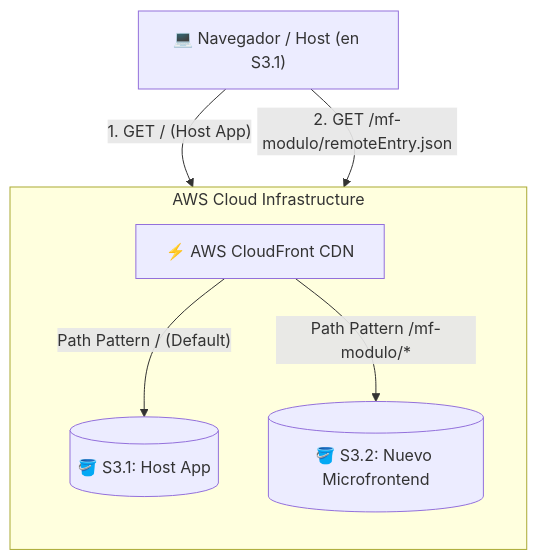
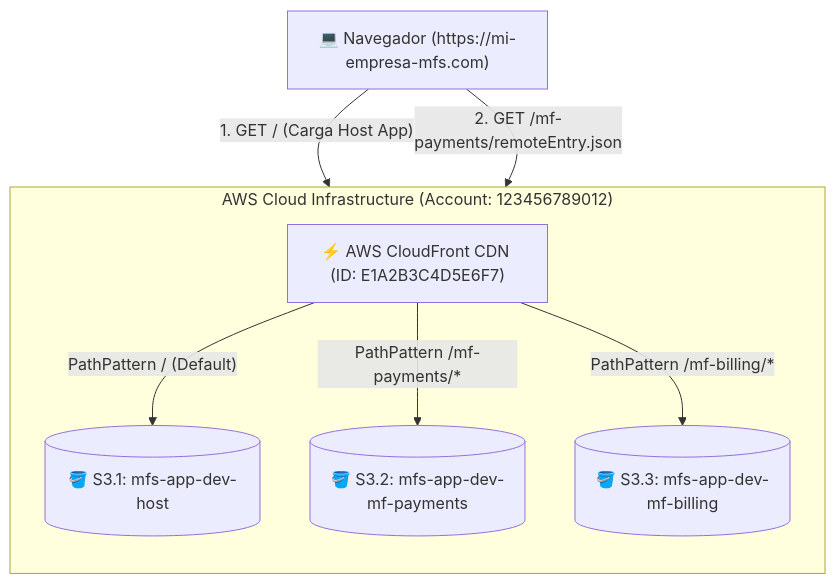
Before and after one commit to Alexander2305Potosi/microfront-github: the fifth of 5 diagrams in README.md, drawn with Mermaid. The commit also changed other lines of this file, not shown here.

Commit message:
docs: unify 1-to-2 S3 buckets migration case study with real concrete values and JSON policy

````diff
--- a/README.md
+++ b/README.md
@@ -347,11 +364,12 @@
 ```mermaid
 flowchart TD
-    Browser["💻 Navegador / Host (en S3.1)"] -->|"1. GET / (Host App)"| CF["⚡ AWS CloudFront CDN"]
-    Browser -->|"2. GET /mf-modulo/remoteEntry.json"| CF
+    Browser["💻 Navegador (https://mi-empresa-mfs.com)"] -->|"1. GET / (Carga Host App)"| CF["⚡ AWS CloudFront CDN (ID: E1A2B3C4D5E6F7)"]
+    Browser -->|"2. GET /mf-payments/remoteEntry.json"| CF
     
-    subgraph "AWS Cloud Infrastructure"
+    subgraph "AWS Cloud Infrastructure (Account: 123456789012)"
         direction TB
-        CF -->|"Path Pattern / (Default)"| S3_1[("🪣 S3.1: Host App")]
-        CF -->|"Path Pattern /mf-modulo/*"| S3_2[("🪣 S3.2: Nuevo Microfrontend")]
+        CF -->|"PathPattern / (Default)"| S3_1[("🪣 S3.1: mfs-app-dev-host")]
+        CF -->|"PathPattern /mf-payments/*"| S3_2[("🪣 S3.2: mfs-app-dev-mf-payments")]
+        CF -->|"PathPattern /mf-billing/*"| S3_3[("🪣 S3.3: mfs-app-dev-mf-billing")]
     end
 ```
````
